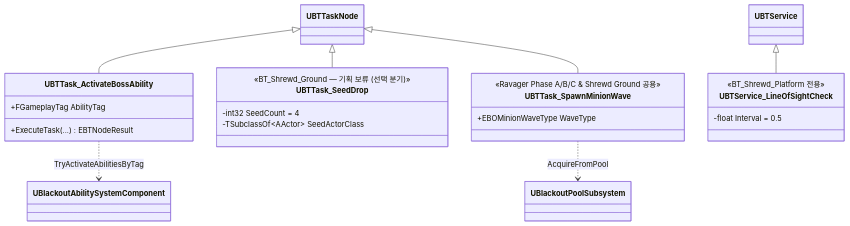
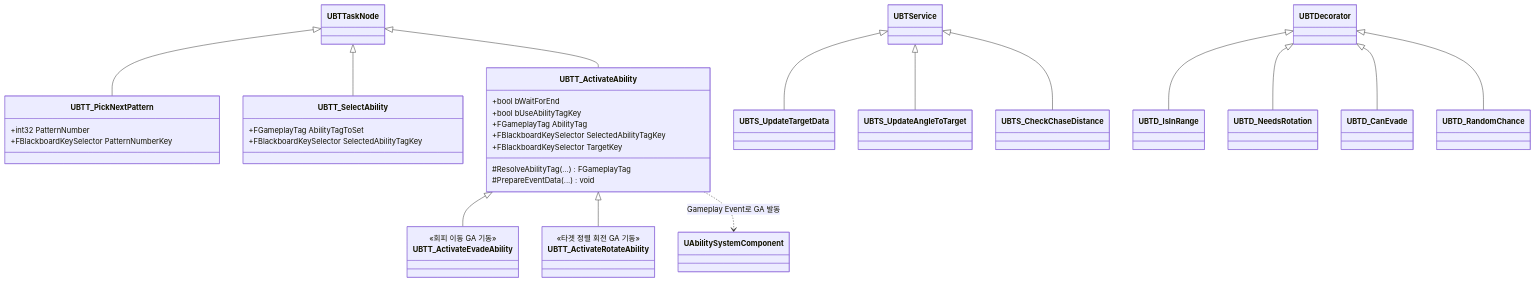
Before and after one commit to seongwon1579/ProjectBlackout: the second of 4 diagrams in Docs/AI_Boss/03_StateTree_SubBT_Assets.md, drawn with Mermaid. The commit also changed other lines of this file and 29 other files, not shown here.

````diff
--- a/Docs/AI_Boss/03_StateTree_SubBT_Assets.md
+++ b/Docs/AI_Boss/03_StateTree_SubBT_Assets.md
@@ -235,33 +93,43 @@
 ```mermaid
 classDiagram
     direction TB
 
-    UBTTaskNode <|-- UBTTask_ActivateBossAbility
-    UBTTaskNode <|-- UBTTask_SeedDrop
-    UBTTaskNode <|-- UBTTask_SpawnMinionWave
-    UBTService <|-- UBTService_LineOfSightCheck
+    UBTTaskNode <|-- UBTT_PickNextPattern
+    UBTTaskNode <|-- UBTT_SelectAbility
+    UBTTaskNode <|-- UBTT_ActivateAbility
+    UBTT_ActivateAbility <|-- UBTT_ActivateEvadeAbility
+    UBTT_ActivateAbility <|-- UBTT_ActivateRotateAbility
+    UBTService <|-- UBTS_UpdateTargetData
+    UBTService <|-- UBTS_UpdateAngleToTarget
+    UBTService <|-- UBTS_CheckChaseDistance
+    UBTDecorator <|-- UBTD_IsInRange
+    UBTDecorator <|-- UBTD_NeedsRotation
+    UBTDecorator <|-- UBTD_CanEvade
+    UBTDecorator <|-- UBTD_RandomChance
 
-    class UBTTask_ActivateBossAbility {
+    class UBTT_PickNextPattern {
+        +int32 PatternNumber
+        +FBlackboardKeySelector PatternNumberKey
+    }
+    class UBTT_SelectAbility {
+        +FGameplayTag AbilityTagToSet
+        +FBlackboardKeySelector SelectedAbilityTagKey
+    }
+    class UBTT_ActivateAbility {
+        +bool bWaitForEnd
+        +bool bUseAbilityTagKey
         +FGameplayTag AbilityTag
-        +ExecuteTask(...) EBTNodeResult
+        +FBlackboardKeySelector SelectedAbilityTagKey
+        +FBlackboardKeySelector TargetKey
+        #ResolveAbilityTag(...) FGameplayTag
+        #PrepareEventData(...) void
+    }
+    class UBTT_ActivateEvadeAbility {
+        <<회피 이동 GA 기동>>
+    }
+    class UBTT_ActivateRotateAbility {
+        <<타겟 정렬 회전 GA 기동>>
     }
 
-    class UBTTask_SeedDrop {
-        <<BT_Shrewd_Ground — 기획 보류 (선택 분기)>>
-        -int32 SeedCount = 4
-        -TSubclassOf~AActor~ SeedActorClass
-    }
-
-    class UBTTask_SpawnMinionWave {
-        <<Ravager Phase A/B/C & Shrewd Ground 공용>>
-        +EBOMinionWaveType WaveType
-    }
-
-    class UBTService_LineOfSightCheck {
-        <<BT_Shrewd_Platform 전용>>
-        -float Interval = 0.5
-    }
-
-    UBTTask_ActivateBossAbility ..> UBlackoutAbilitySystemComponent : TryActivateAbilitiesByTag
-    UBTTask_SpawnMinionWave ..> UBlackoutPoolSubsystem : AcquireFromPool
+    UBTT_ActivateAbility ..> UAbilitySystemComponent : Gameplay Event로 GA 발동
 ```
````
